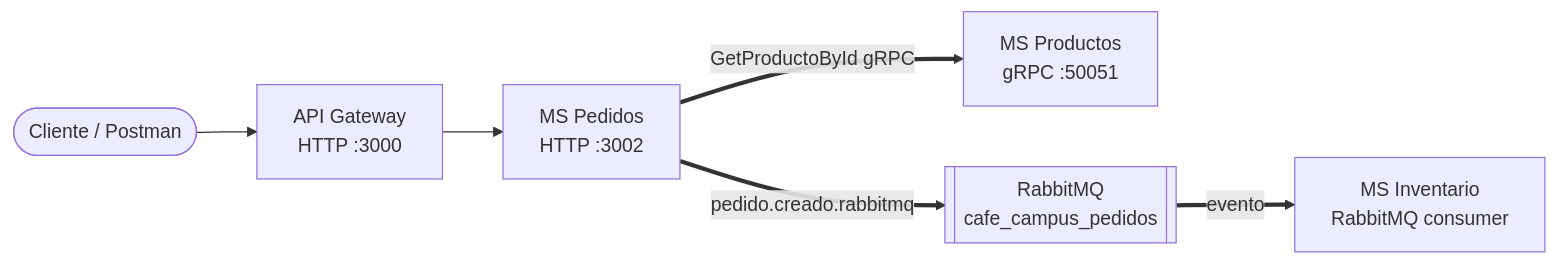
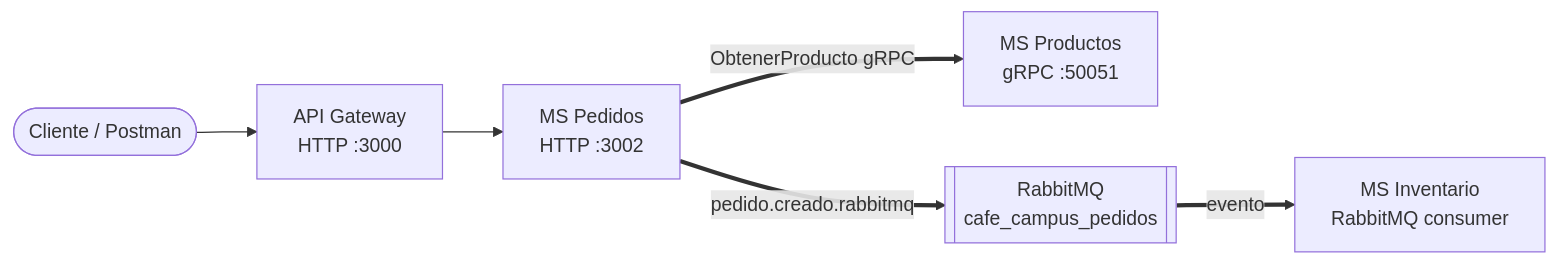
One commit to Steft91/30732_CafeCampus_2P changed the fourth of 4 diagrams in README.md. Above: the diagram before and after it, drawn with Mermaid. The commit also changed other lines of this file and 12 other files, not shown here.

````diff
--- a/README.md
+++ b/README.md
@@ -252,15 +265,15 @@
 ```mermaid
 flowchart LR
     cliente([Cliente / Postman])
     gw[API Gateway<br/>HTTP :3000]
     pedidos[MS Pedidos<br/>HTTP :3002]
     productos[MS Productos<br/>gRPC :50051]
     rabbit[[RabbitMQ<br/>cafe_campus_pedidos]]
     inventario[MS Inventario<br/>RabbitMQ consumer]
 
     cliente --> gw
     gw --> pedidos
-    pedidos == GetProductoById gRPC ==> productos
+    pedidos == ObtenerProducto gRPC ==> productos
     pedidos == pedido.creado.rabbitmq ==> rabbit
     rabbit == evento ==> inventario
 ```
````
